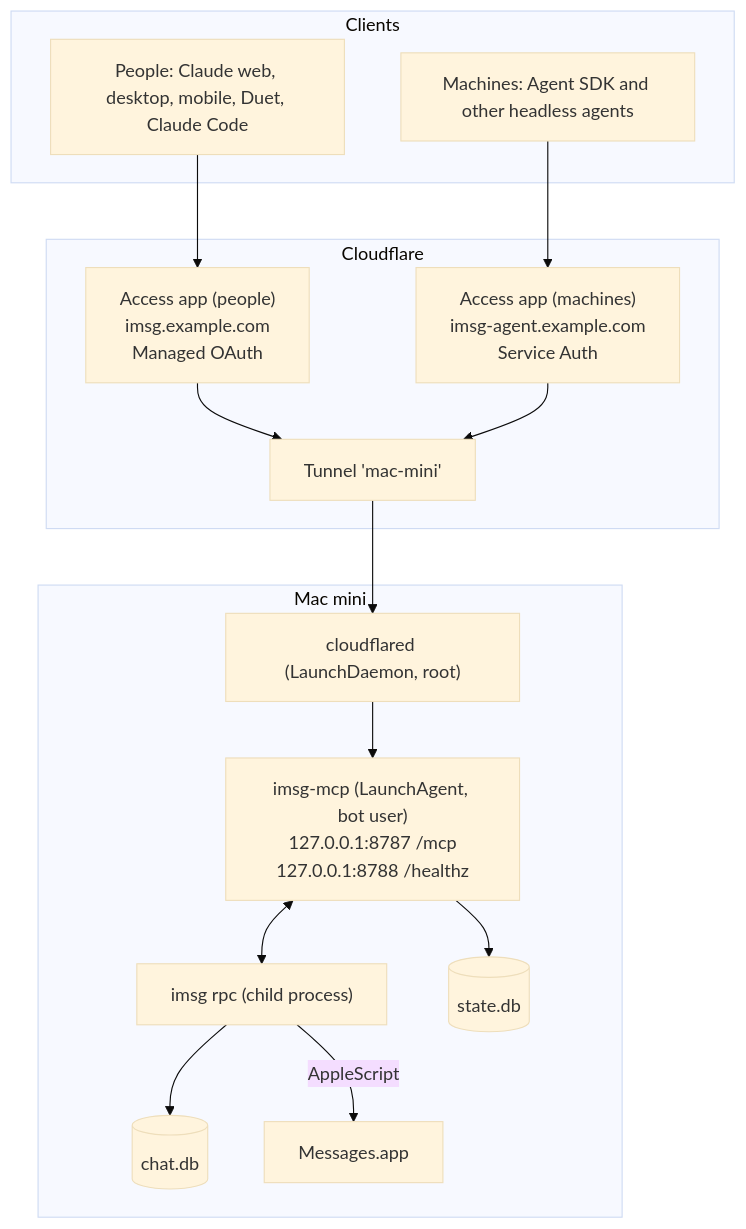
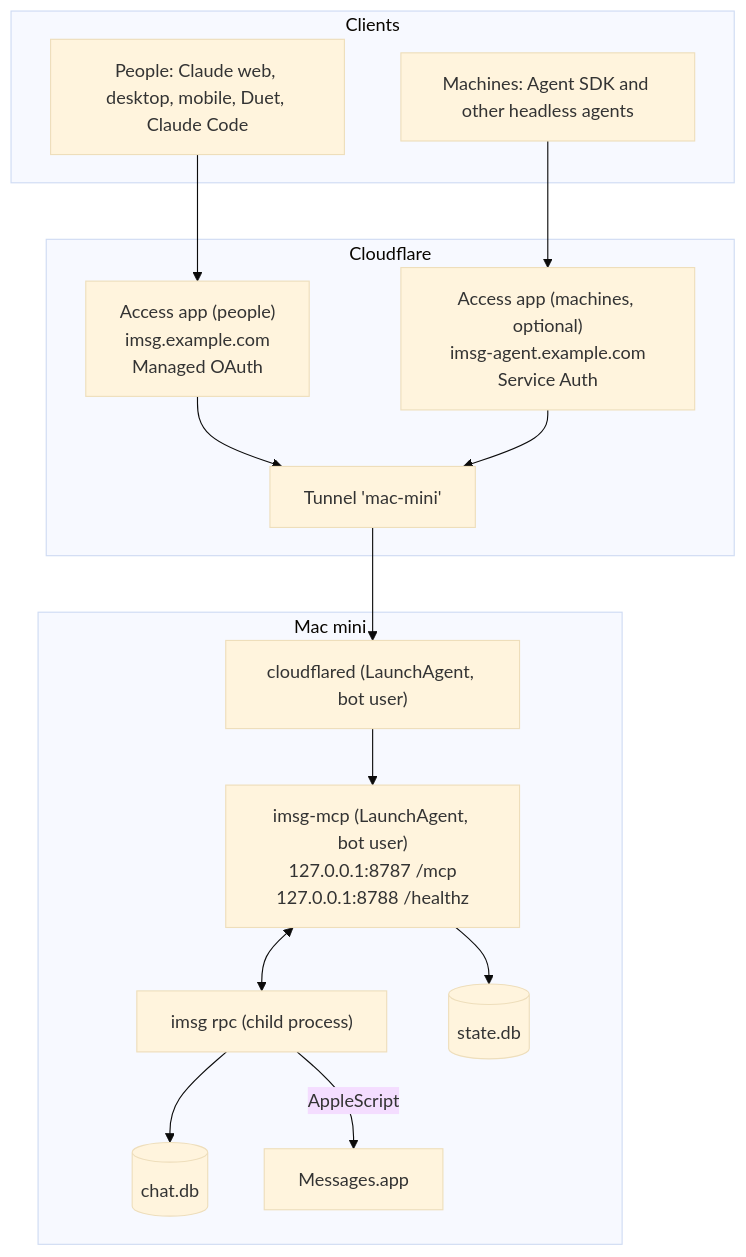
Before and after one commit to project-nomos/imsg-mcp: the diagram in docs/architecture.md, drawn with Mermaid (base theme). The commit also changed other lines of this file and 13 other files, not shown here.

First line of the commit message:
docs: make the cloudflared tunnel the main path and explain why Cloudflare Access

````diff
--- a/docs/architecture.md
+++ b/docs/architecture.md
@@ -24,27 +24,27 @@
 ```mermaid
 flowchart TB
   subgraph Clients
     P["People: Claude web, desktop, mobile, Duet, Claude Code"]
     M["Machines: Agent SDK and other headless agents"]
   end
   subgraph Cloudflare
     AP["Access app (people)<br/>imsg.example.com<br/>Managed OAuth"]
-    AM["Access app (machines)<br/>imsg-agent.example.com<br/>Service Auth"]
+    AM["Access app (machines, optional)<br/>imsg-agent.example.com<br/>Service Auth"]
     TUN["Tunnel 'mac-mini'"]
   end
   subgraph "Mac mini"
-    CFD["cloudflared (LaunchDaemon, root)"]
+    CFD["cloudflared (LaunchAgent, bot user)"]
     SRV["imsg-mcp (LaunchAgent, bot user)<br/>127.0.0.1:8787 /mcp<br/>127.0.0.1:8788 /healthz"]
     RPC["imsg rpc (child process)"]
     DB[("chat.db")]
     APP["Messages.app"]
     ST[("state.db")]
   end
   P --> AP --> TUN
   M --> AM --> TUN
   TUN --> CFD --> SRV
   SRV <--> RPC
   RPC --> DB
   RPC -- AppleScript --> APP
   SRV --> ST
 ```
````
